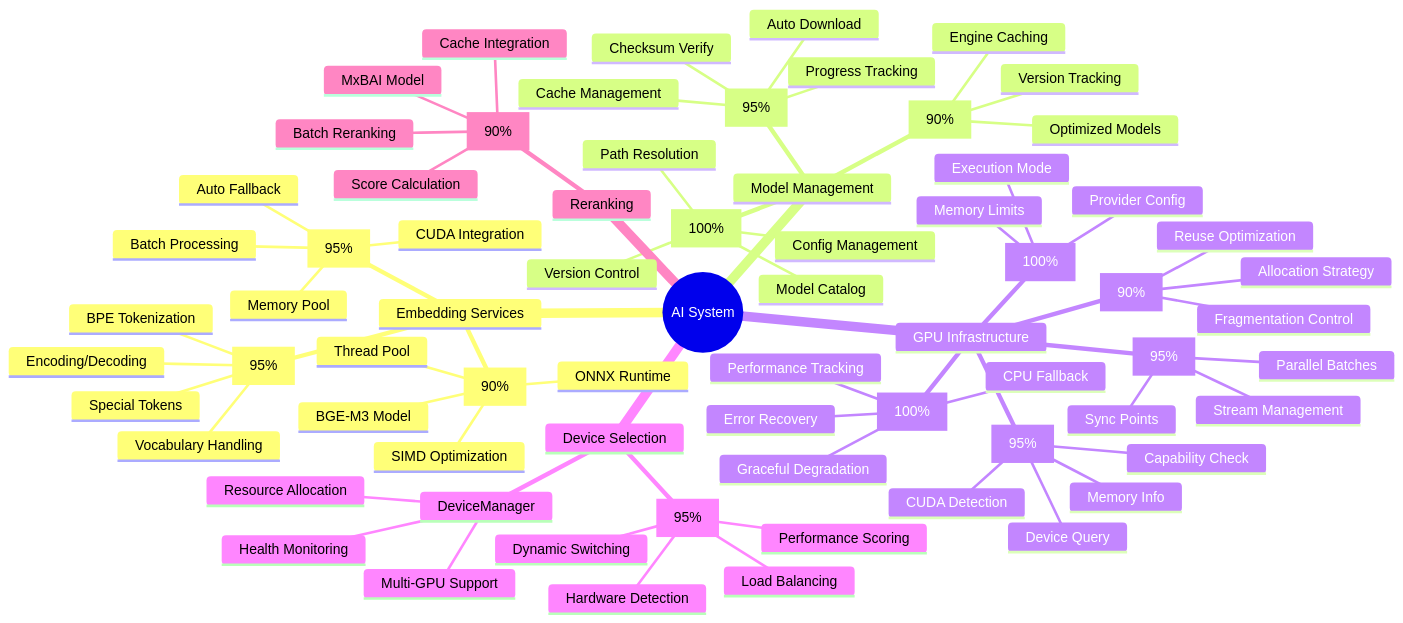
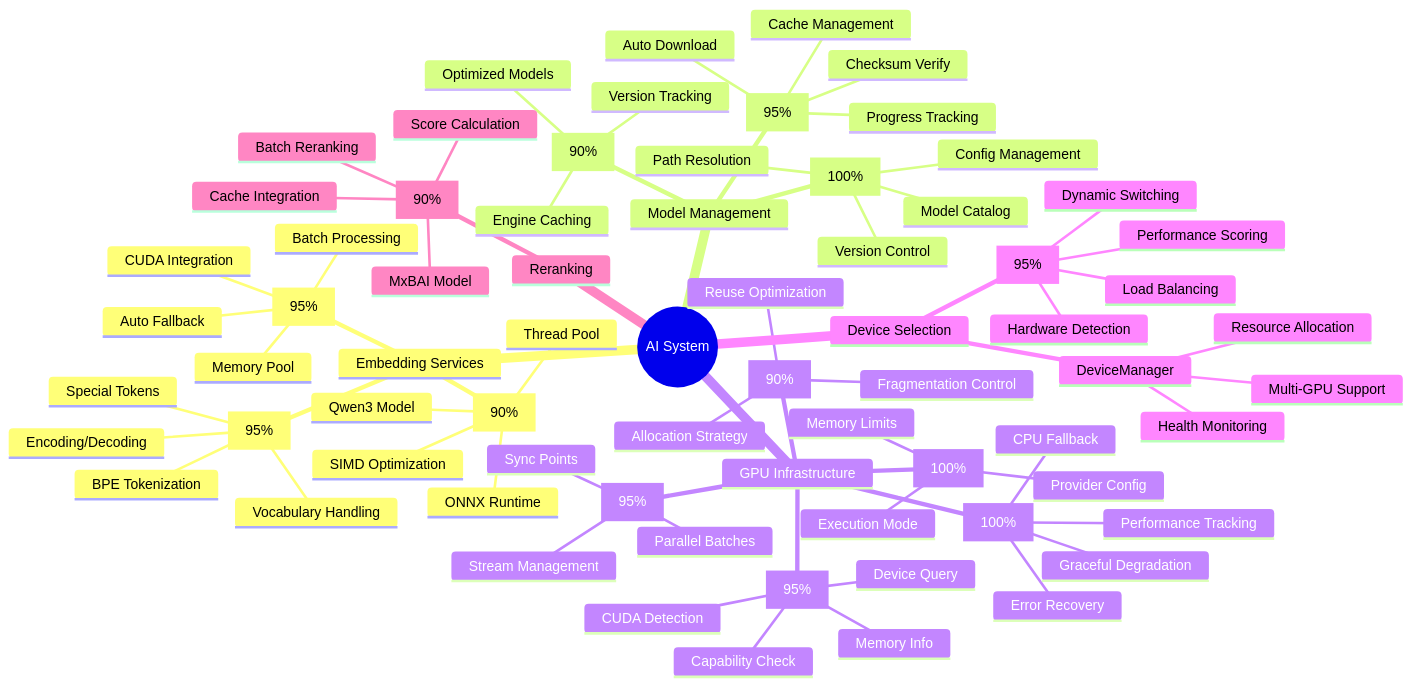
The first of 11 diagrams in docs/obsidian-v2/02_Components/AI Mind Map - Визуальная карта AI crate.md (iMAGRAY/MAGRAY_Cli), drawn with Mermaid before and after one commit. The commit also changed other lines of this file and 50 other files, not shown here.

````diff
--- a/docs/obsidian-v2/02_Components/AI Mind Map - Визуальная карта AI crate.md
+++ b/docs/obsidian-v2/02_Components/AI Mind Map - Визуальная карта AI crate.md
@@ -9,78 +9,78 @@
 ```mermaid
 mindmap
   root((AI System))
     Embedding Services
       EmbeddingsCPU[90%]
         ONNX Runtime
-        BGE-M3 Model
+        Qwen3 Model
         Thread Pool
         SIMD Optimization
       EmbeddingsGPU[95%]
         CUDA Integration
         Batch Processing
         Memory Pool
         Auto Fallback
       SimpleQwen3Tokenizer[95%]
         BPE Tokenization
         Vocabulary Handling
         Special Tokens
         Encoding/Decoding
     
     Model Management
       ModelRegistry[100%]
         Model Catalog
         Version Control
         Path Resolution
         Config Management
       ModelDownloader[95%]
         Auto Download
         Progress Tracking
         Checksum Verify
         Cache Management
       TensorRTCache[90%]
         Optimized Models
         Engine Caching
         Version Tracking
     
     GPU Infrastructure
       GpuDetector[95%]
         CUDA Detection
         Device Query
         Memory Info
         Capability Check
       GpuConfig[100%]
         Provider Config
         Memory Limits
         Execution Mode
       GpuFallback[100%]
         Graceful Degradation
         Error Recovery
         CPU Fallback
         Performance Tracking
       GpuMemoryPool[90%]
         Allocation Strategy
         Fragmentation Control
         Reuse Optimization
       GpuPipeline[95%]
         Parallel Batches
         Stream Management
         Sync Points
     
     Device Selection
       AutoDeviceSelector[95%]
         Hardware Detection
         Performance Scoring
         Load Balancing
         Dynamic Switching
       DeviceManager
         Multi-GPU Support
         Resource Allocation
         Health Monitoring
     
     Reranking
       RerankerOptimized[90%]
         MxBAI Model
         Score Calculation
         Batch Reranking
         Cache Integration
 ```
````
